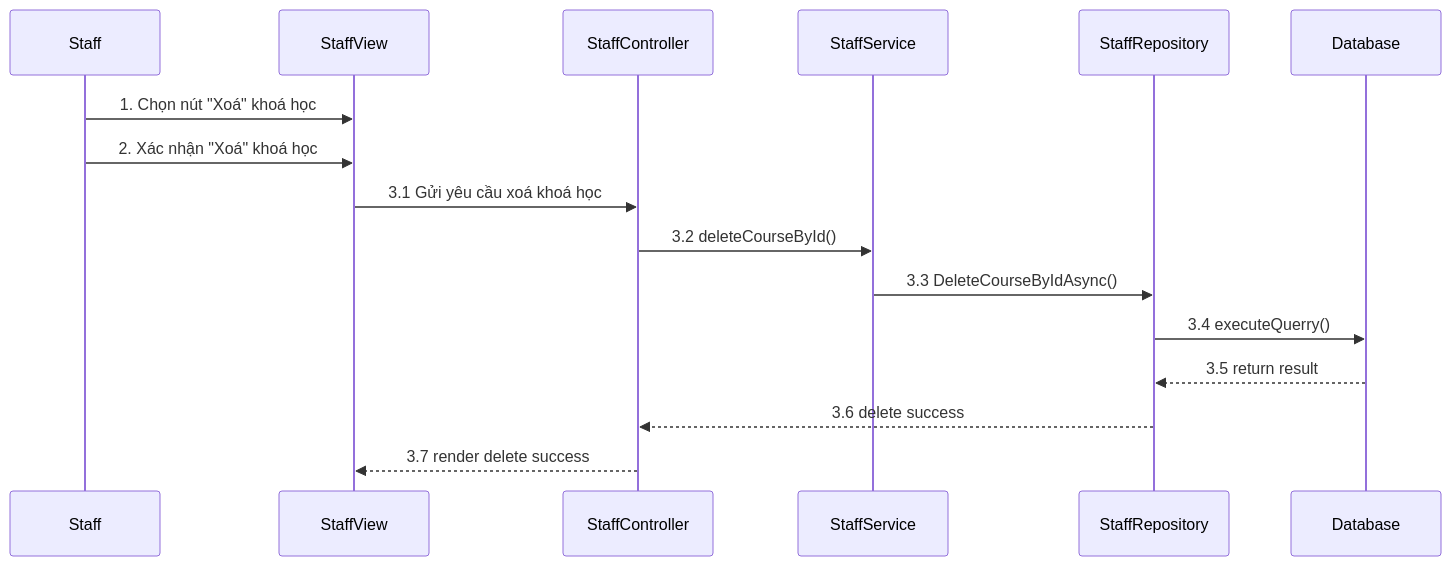
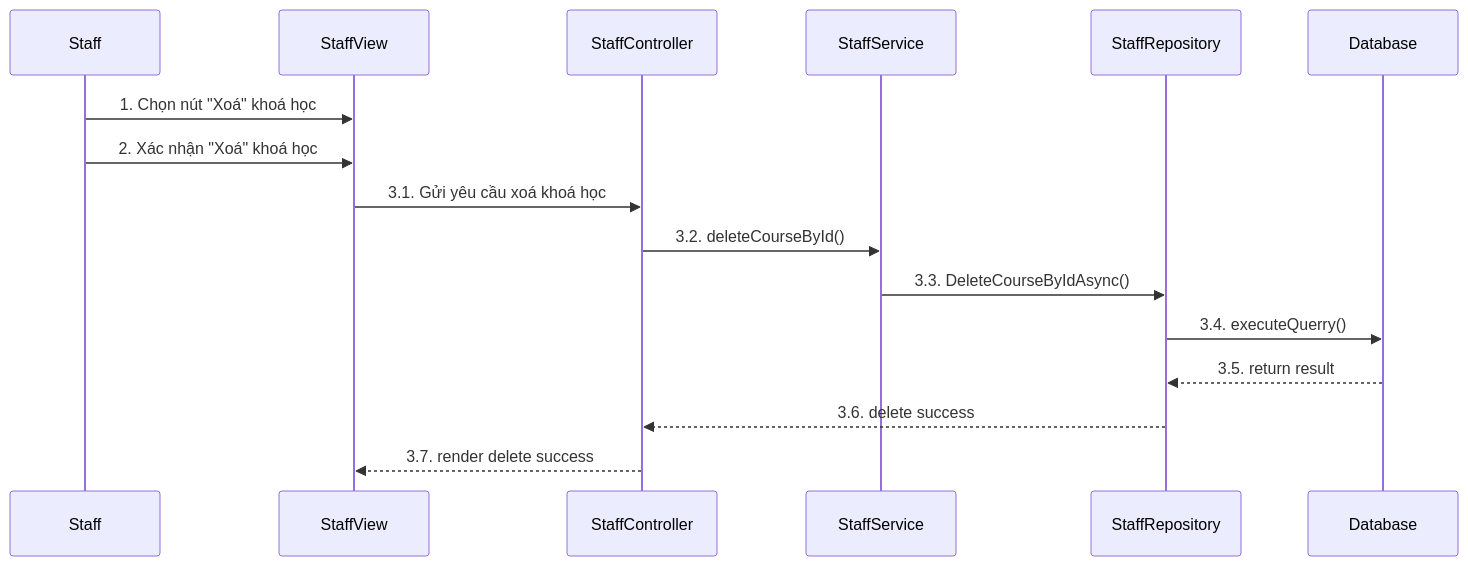
Before and after one commit to LienNTB/sequence-CNPM: the diagram in sequence/staff/Sequence-2-4.XoaKhoaHoc.mmd, drawn with Mermaid. The commit also changed other lines of this file and 6 other files, not shown here.

```diff
--- a/sequence/staff/Sequence-2-4.XoaKhoaHoc.mmd
+++ b/sequence/staff/Sequence-2-4.XoaKhoaHoc.mmd
@@ -1,20 +1,20 @@
 %%# Xoá khoá học
 
 sequenceDiagram
     participant Staff
     participant StaffView
     participant StaffController
     participant StaffService
     participant StaffRepository
     participant Database
 
-    Staff->>StaffView:  1. Chọn nút "Xoá" khoá học
-    Staff->>StaffView:  2. Xác nhận "Xoá" khoá học
+    Staff->>StaffView: 1. Chọn nút "Xoá" khoá học
+    Staff->>StaffView: 2. Xác nhận "Xoá" khoá học
     
-    StaffView->>StaffController: 3.1 Gửi yêu cầu xoá khoá học
-    StaffController->>StaffService: 3.2 deleteCourseById()
-    StaffService->>StaffRepository: 3.3 DeleteCourseByIdAsync()
-    StaffRepository->>Database: 3.4 executeQuerry()
-    Database-->>StaffRepository: 3.5 return result
-    StaffRepository-->>StaffController: 3.6 delete success
-    StaffController-->>StaffView: 3.7 render delete success
+    StaffView->>StaffController: 3.1. Gửi yêu cầu xoá khoá học
+    StaffController->>StaffService: 3.2. deleteCourseById()
+    StaffService->>StaffRepository: 3.3. DeleteCourseByIdAsync()
+    StaffRepository->>Database: 3.4. executeQuerry()
+    Database-->>StaffRepository: 3.5. return result
+    StaffRepository-->>StaffController: 3.6. delete success
+    StaffController-->>StaffView: 3.7. render delete success
```
